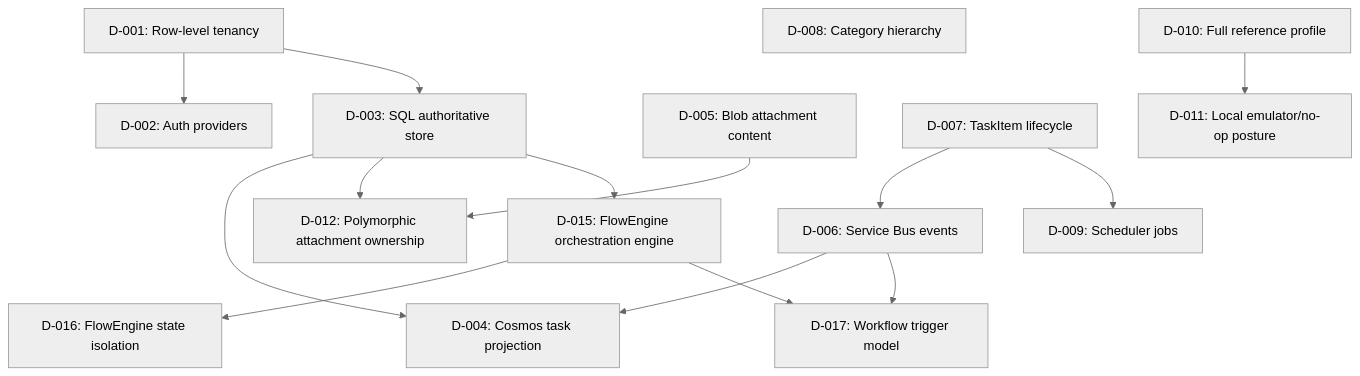
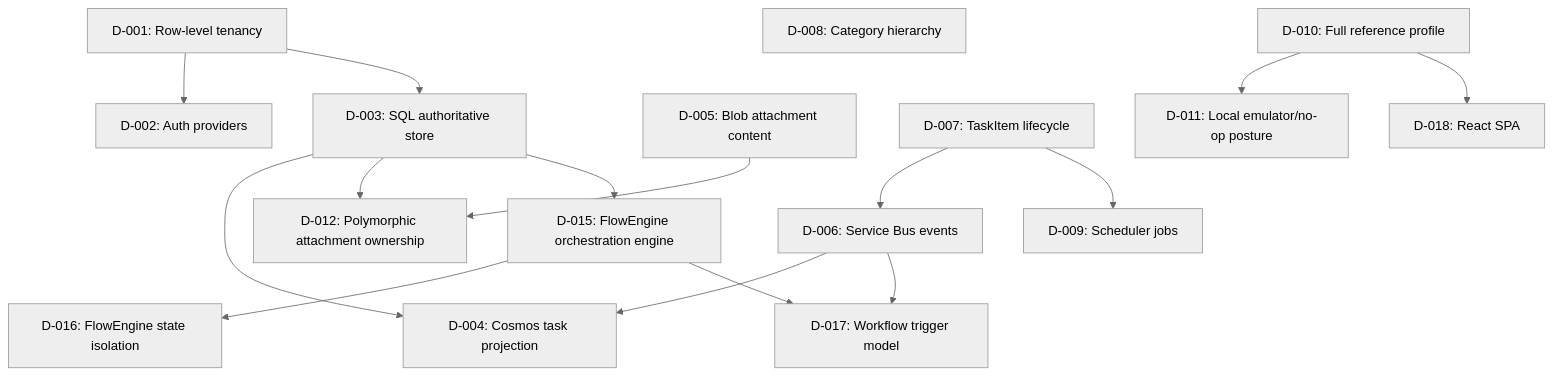
The diagram in .scaffold/DESIGN-DECISIONS.md (efreeman518/AI-Instructions-ReferenceApp), drawn with Mermaid (neutral theme) before and after one commit. The commit also changed other lines of this file and 8 other files, not shown here.

````diff
--- a/.scaffold/DESIGN-DECISIONS.md
+++ b/.scaffold/DESIGN-DECISIONS.md
@@ -7,32 +7,34 @@
 ```mermaid
 flowchart TD
     D001["D-001: Row-level tenancy"]
     D002["D-002: Auth providers"]
     D003["D-003: SQL authoritative store"]
     D004["D-004: Cosmos task projection"]
     D005["D-005: Blob attachment content"]
     D006["D-006: Service Bus events"]
     D007["D-007: TaskItem lifecycle"]
     D008["D-008: Category hierarchy"]
     D009["D-009: Scheduler jobs"]
     D010["D-010: Full reference profile"]
     D011["D-011: Local emulator/no-op posture"]
     D012["D-012: Polymorphic attachment ownership"]
     D015["D-015: FlowEngine orchestration engine"]
     D016["D-016: FlowEngine state isolation"]
     D017["D-017: Workflow trigger model"]
+    D018["D-018: React SPA"]
 
     D001 --> D002
     D001 --> D003
     D003 --> D004
     D003 --> D012
     D005 --> D012
     D007 --> D006
     D007 --> D009
     D006 --> D004
     D010 --> D011
     D003 --> D015
     D015 --> D016
     D015 --> D017
     D006 --> D017
+    D010 --> D018
 ```
````
